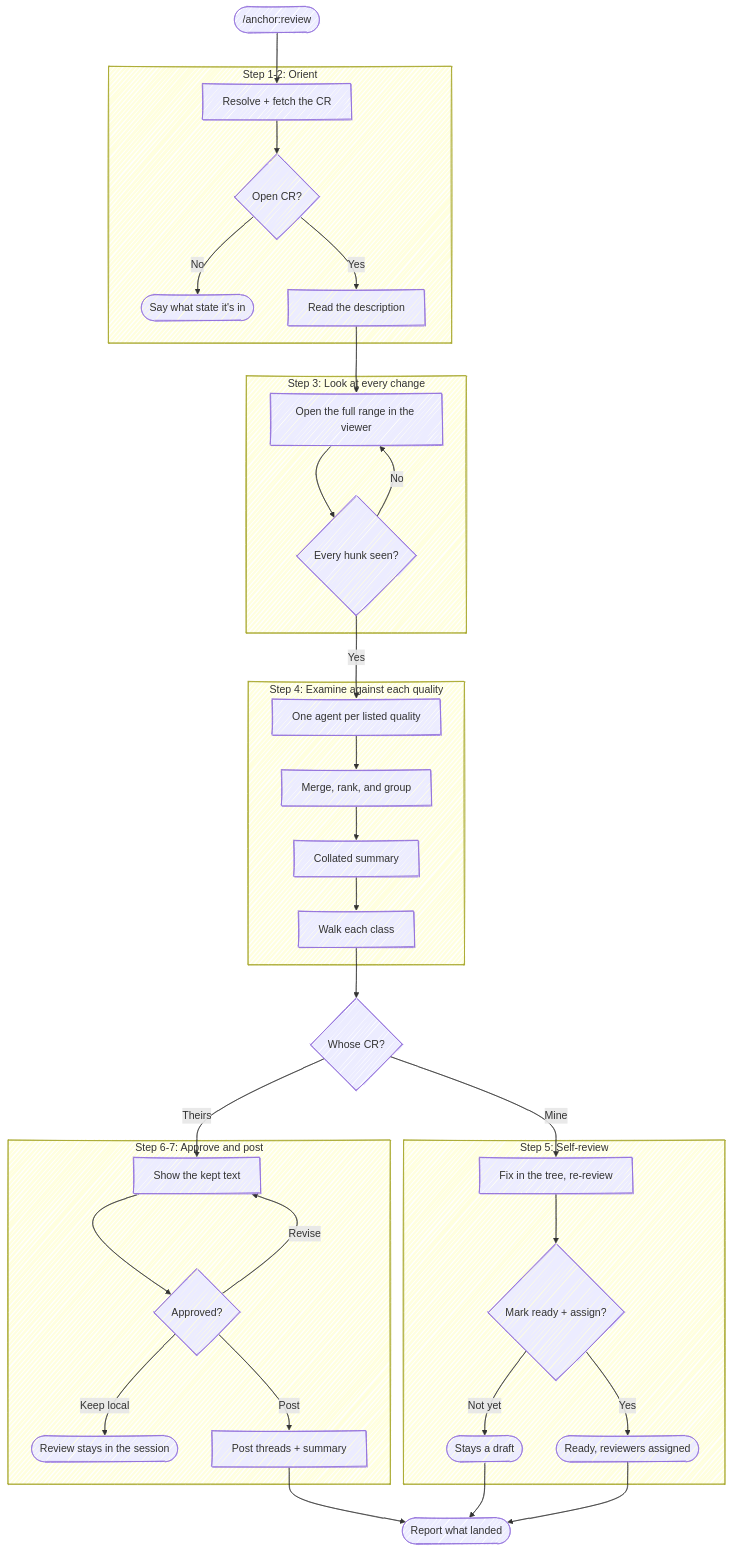
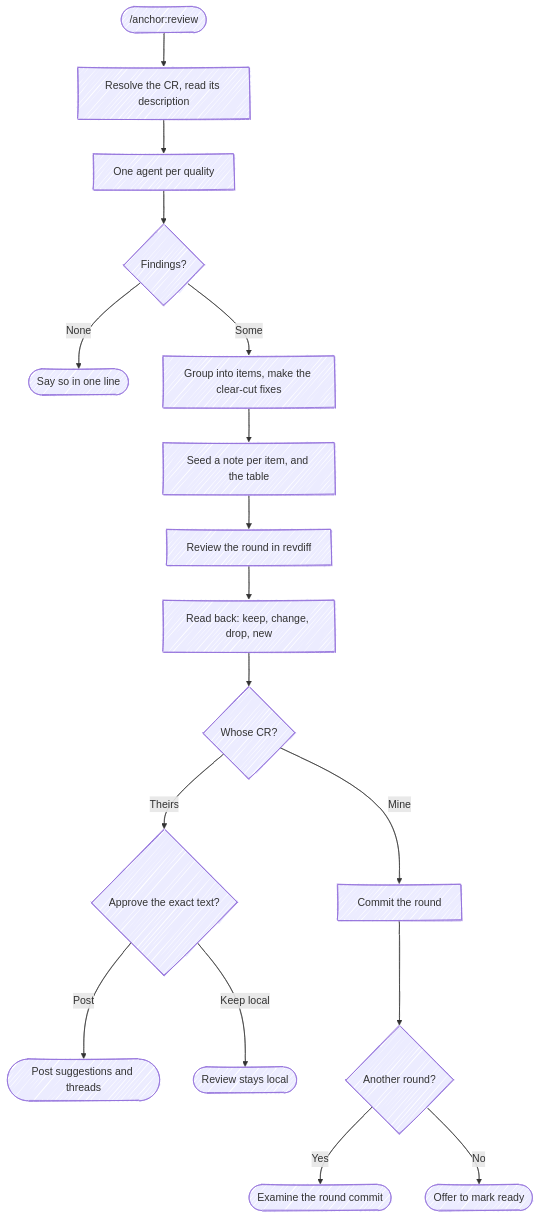
The diagram in skills/review/SKILL.md (chris-peterson/anchor), drawn with Mermaid before and after one commit. The commit also changed other lines of this file and 16 other files, not shown here.

````diff
--- a/skills/review/SKILL.md
+++ b/skills/review/SKILL.md
@@ -47,44 +49,20 @@
 ```mermaid
 %%{ init: { 'look': 'handDrawn' } }%%
 flowchart TD
-    Start(["/anchor:review"]) --> Resolve["Resolve + fetch the CR"]
-
-    subgraph "Step 1-2: Orient"
-        Resolve --> Open{Open CR?}
-        Open -->|No| Stop([Say what state it's in])
-        Open -->|Yes| Desc["Read the description"]
-    end
-
-    subgraph "Step 3: Look at every change"
-        Desc --> View["Open the full range in the viewer"]
-        View --> Complete{Every hunk seen?}
-        Complete -->|No| View
-    end
-
-    subgraph "Step 4: Examine against each quality"
-        Complete -->|Yes| Fan["One agent per listed quality"]
-        Fan --> Doc["Merge, rank, and group"]
-        Doc --> Brief["Collated summary"]
-        Brief --> Walk["Walk each class"]
-    end
-
-    subgraph "Step 5: Self-review"
-        Fix["Fix in the tree, re-review"] --> Ready{Mark ready + assign?}
-        Ready -->|Not yet| Draft([Stays a draft])
-        Ready -->|Yes| Handoff([Ready, reviewers assigned])
-    end
-
-    subgraph "Step 6-7: Approve and post"
-        Show["Show the kept text"] --> Gate{Approved?}
-        Gate -->|Revise| Show
-        Gate -->|Keep local| Local([Review stays in the session])
-        Gate -->|Post| Post["Post threads + summary"]
-    end
-
-    Walk --> Who{Whose CR?}
-    Who -->|Mine| Fix
-    Who -->|Theirs| Show
-    Post --> Report([Report what landed])
-    Draft --> Report
-    Handoff --> Report
+    Start(["/anchor:review"]) --> Fetch["Resolve the CR, read its description"]
+    Fetch --> Examine["One agent per quality"]
+    Examine --> Any{Findings?}
+    Any -->|None| Empty([Say so in one line])
+    Any -->|Some| Triage["Group into items, make the clear-cut fixes"]
+    Triage --> Seed["Seed a note per item, and the table"]
+    Seed --> Revdiff["Review the round in revdiff"]
+    Revdiff --> Read["Read back: keep, change, drop, new"]
+    Read --> Who{Whose CR?}
+    Who -->|Theirs| Gate{Approve the exact text?}
+    Gate -->|Post| Post([Post suggestions and threads])
+    Gate -->|Keep local| Local([Review stays local])
+    Who -->|Mine| Commit["Commit the round"]
+    Commit --> Again{Another round?}
+    Again -->|Yes| Next([Examine the round commit])
+    Again -->|No| Handoff([Offer to mark ready])
 ```
````
